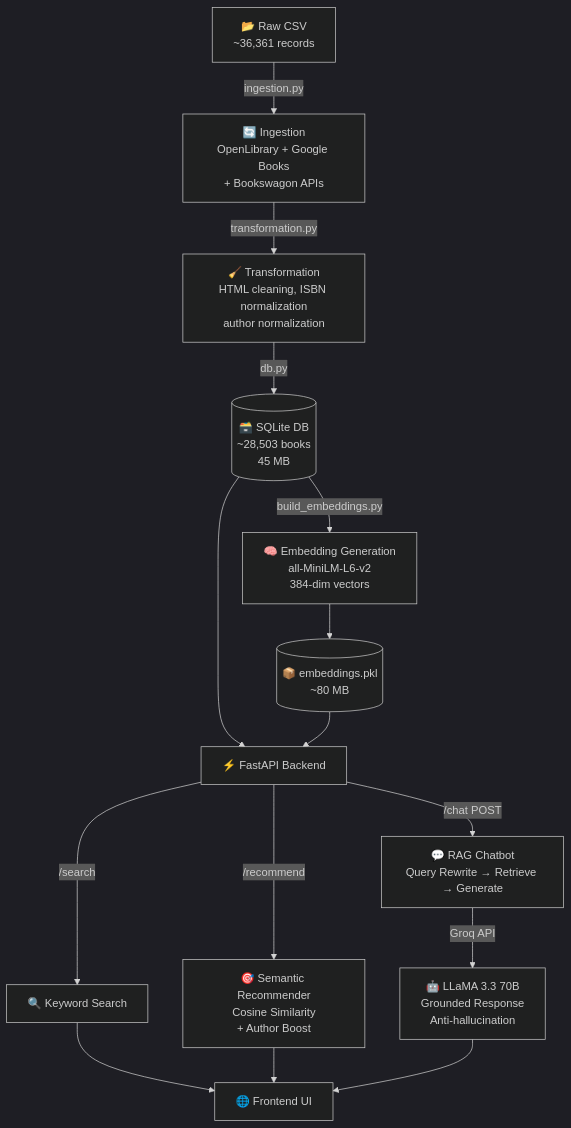
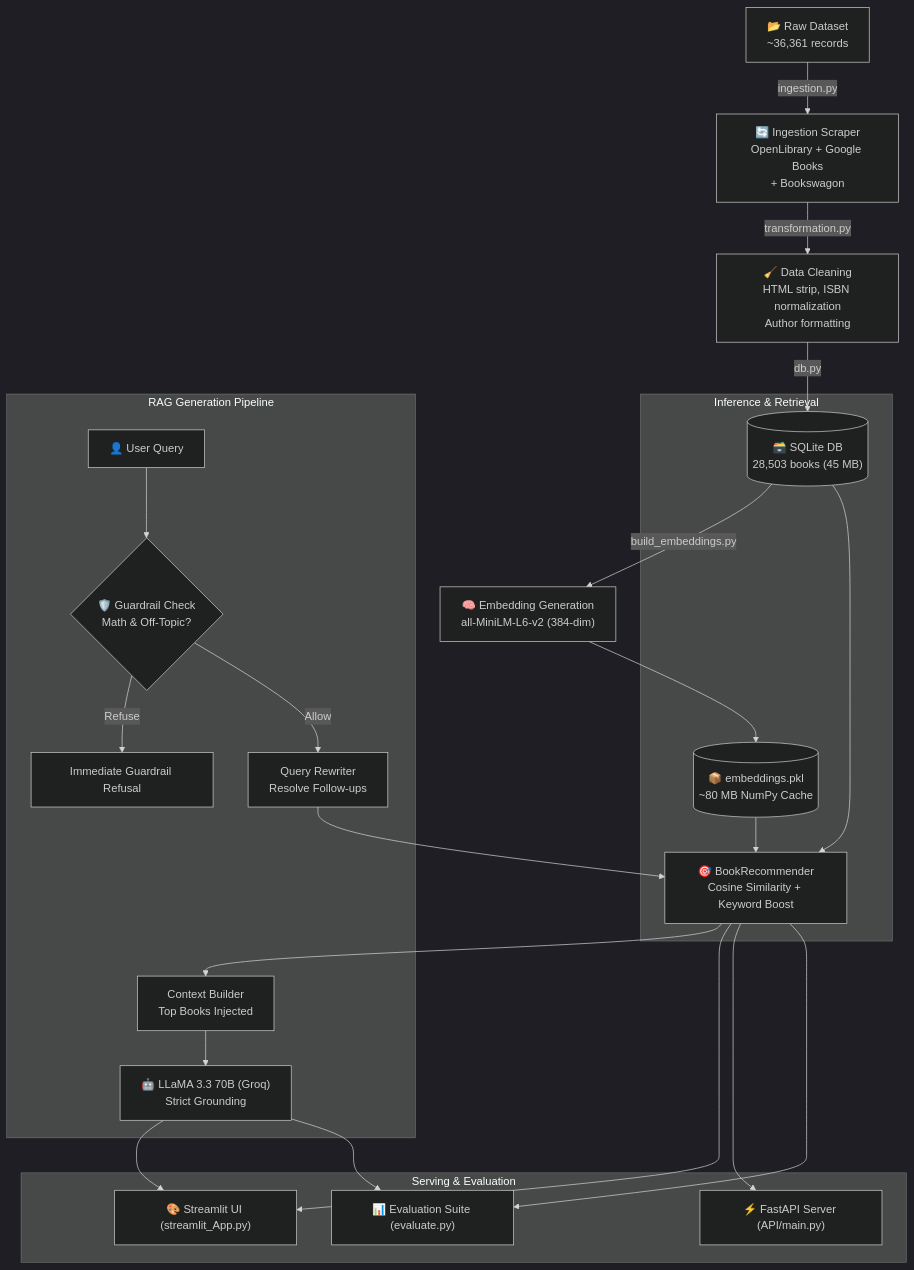
The diagram in README.md (GaUrAnGjJ/The_Reading_Room), drawn with Mermaid (dark theme) before and after one commit. The commit also changed other lines of this file, not shown here.

Commit message:
Restructure README with evaluation metrics, architecture updates, dual interfaces, and guardrails

````diff
--- a/README.md
+++ b/README.md
@@ -85,17 +91,30 @@
 ```mermaid
 graph TD
-    A["📂 Raw CSV\n~36,361 records"] -->|ingestion.py| B["🔄 Ingestion\nOpenLibrary + Google Books\n+ Bookswagon APIs"]
-    B -->|transformation.py| C["🧹 Transformation\nHTML cleaning, ISBN normalization\nauthor normalization"]
-    C -->|db.py| D[("🗃️ SQLite DB\n~28,503 books\n45 MB")]
-    D -->|build_embeddings.py| E["🧠 Embedding Generation\nall-MiniLM-L6-v2\n384-dim vectors"]
-    E --> F[("📦 embeddings.pkl\n~80 MB")]
-    D --> G["⚡ FastAPI Backend"]
-    F --> G
-    G -->|/search| H["🔍 Keyword Search"]
-    G -->|/recommend| I["🎯 Semantic Recommender\nCosine Similarity\n+ Author Boost"]
-    G -->|/chat POST| J["💬 RAG Chatbot\nQuery Rewrite → Retrieve → Generate"]
-    J -->|Groq API| K["🤖 LLaMA 3.3 70B\nGrounded Response\nAnti-hallucination"]
-    H --> L["🌐 Frontend UI"]
-    I --> L
-    K --> L
+    A["📂 Raw Dataset\n~36,361 records"] -->|ingestion.py| B["🔄 Ingestion Scraper\nOpenLibrary + Google Books\n+ Bookswagon"]
+    B -->|transformation.py| C["🧹 Data Cleaning\nHTML strip, ISBN normalization\nAuthor formatting"]
+    C -->|db.py| D[("🗃️ SQLite DB\n28,503 books (45 MB)")]
+    D -->|build_embeddings.py| E["🧠 Embedding Generation\nall-MiniLM-L6-v2 (384-dim)"]
+    E --> F[("📦 embeddings.pkl\n~80 MB NumPy Cache")]
+    
+    subgraph "Inference & Retrieval"
+        D --> REC["🎯 BookRecommender\nCosine Similarity + Keyword Boost"]
+        F --> REC
+    end
+
+    subgraph "RAG Generation Pipeline"
+        USER["👤 User Query"] --> GUARD{"🛡️ Guardrail Check\nMath & Off-Topic?"}
+        GUARD -->|Refuse| REF["Immediate Guardrail Refusal"]
+        GUARD -->|Allow| REWRITE["Query Rewriter\nResolve Follow-ups"]
+        REWRITE --> REC
+        REC --> CTX["Context Builder\nTop Books Injected"]
+        CTX --> LLM["🤖 LLaMA 3.3 70B (Groq)\nStrict Grounding"]
+    end
+
+    subgraph "Serving & Evaluation"
+        REC --> APP["🎨 Streamlit UI (streamlit_App.py)"]
+        LLM --> APP
+        REC --> API["⚡ FastAPI Server (API/main.py)"]
+        REC --> EVAL["📊 Evaluation Suite (evaluate.py)"]
+        LLM --> EVAL
+    end
 ```
````
